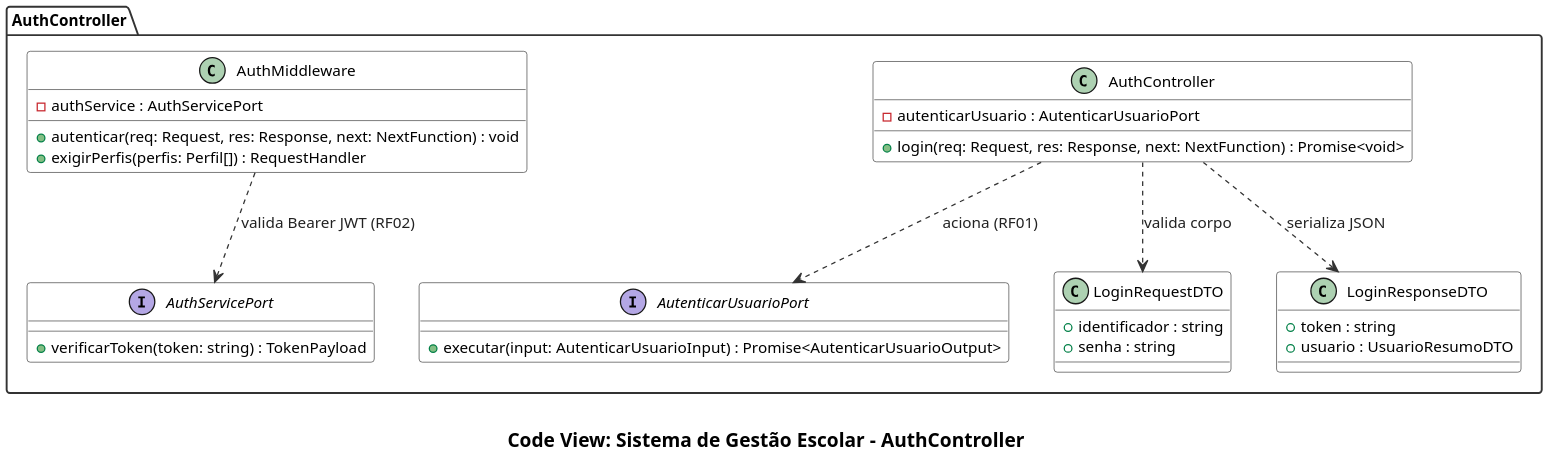
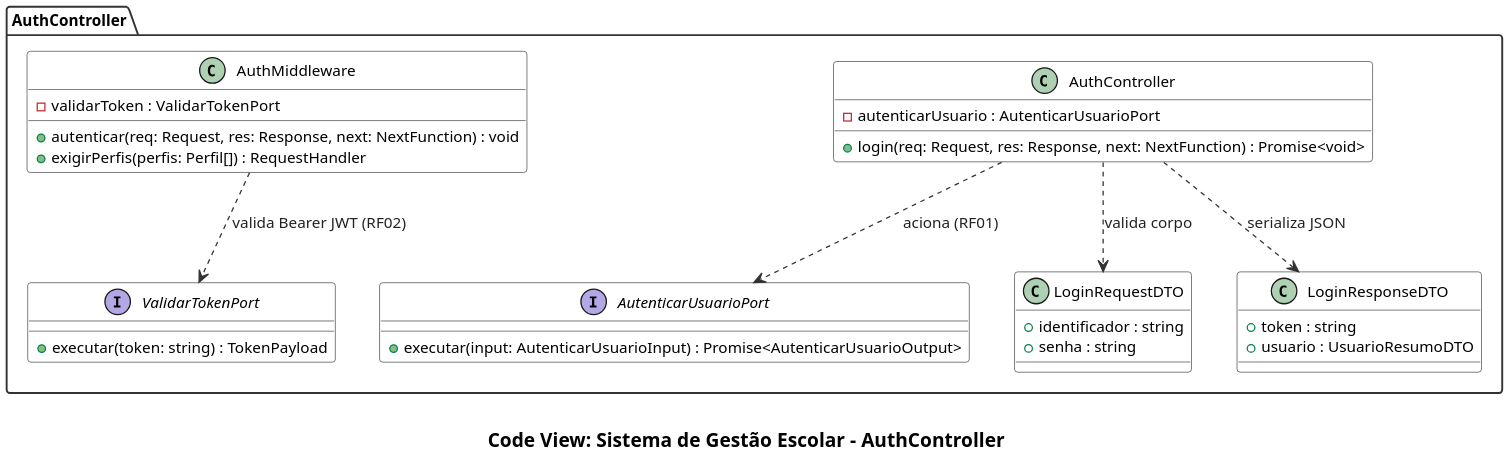
One commit to cicerocarnauba/sistema-gestao-escolar changed the diagram in docs/code/auth-controller.puml. Above: the diagram before and after it, drawn with PlantUML. The commit also changed 13 other files, not shown here.

Commit message:
docs: alinha ValidarTokenPort, entidade Usuario e imagens estáticas do README

```diff
--- a/docs/code/auth-controller.puml
+++ b/docs/code/auth-controller.puml
@@ -1,58 +1,58 @@
 @startuml
 set separator none
 top to bottom direction
 skinparam backgroundColor #FFFFFF
 skinparam shadowing false
 skinparam dpi 180
 skinparam defaultFontName "SansSerif"
 skinparam defaultFontSize 12
 skinparam packageStyle folder
 skinparam packageBackgroundColor #FFFFFF
 skinparam packageBorderColor #333333
 skinparam packageFontStyle bold
 skinparam classBackgroundColor #FFFFFF
 skinparam classHeaderBackgroundColor #FFFFFF
 skinparam classBorderColor #333333
 skinparam arrowColor #333333
 skinparam arrowFontColor #222222
 skinparam noteBackgroundColor #FAFAFA
 skinparam noteBorderColor #666666
 
 package "AuthController" as pkg_auth_controller {
     interface AutenticarUsuarioPort {
         + executar(input: AutenticarUsuarioInput) : Promise<AutenticarUsuarioOutput>
     }
 
-    interface AuthServicePort {
-        + verificarToken(token: string) : TokenPayload
+    interface ValidarTokenPort {
+        + executar(token: string) : TokenPayload
     }
 
     class AuthController {
         - autenticarUsuario : AutenticarUsuarioPort
         + login(req: Request, res: Response, next: NextFunction) : Promise<void>
     }
 
     class AuthMiddleware {
-        - authService : AuthServicePort
+        - validarToken : ValidarTokenPort
         + autenticar(req: Request, res: Response, next: NextFunction) : void
         + exigirPerfis(perfis: Perfil[]) : RequestHandler
     }
 
     class LoginRequestDTO {
         + identificador : string
         + senha : string
     }
 
     class LoginResponseDTO {
         + token : string
         + usuario : UsuarioResumoDTO
     }
 
     AuthController ..> AutenticarUsuarioPort : aciona (RF01)
     AuthController ..> LoginRequestDTO : valida corpo
     AuthController ..> LoginResponseDTO : serializa JSON
-    AuthMiddleware ..> AuthServicePort : valida Bearer JWT (RF02)
+    AuthMiddleware ..> ValidarTokenPort : valida Bearer JWT (RF02)
 }
 
 caption \n<size:15><b>Code View: Sistema de Gestão Escolar - AuthController</b></size>
 @enduml
```
